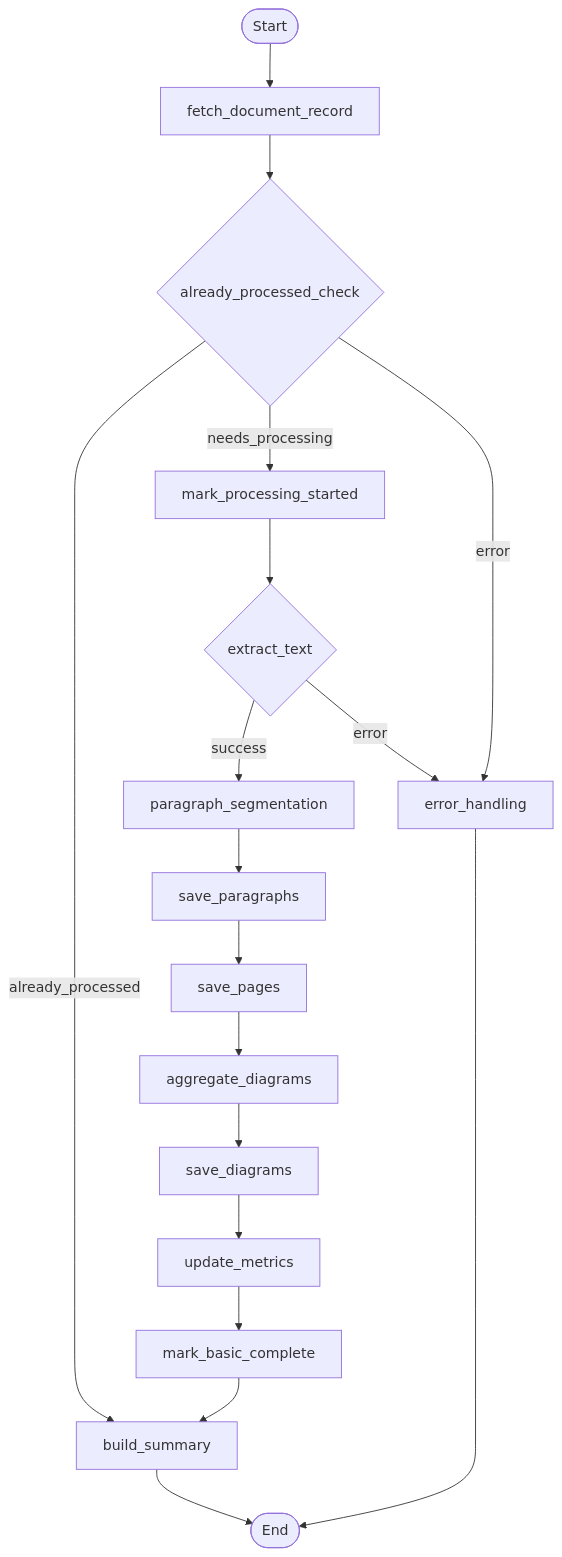
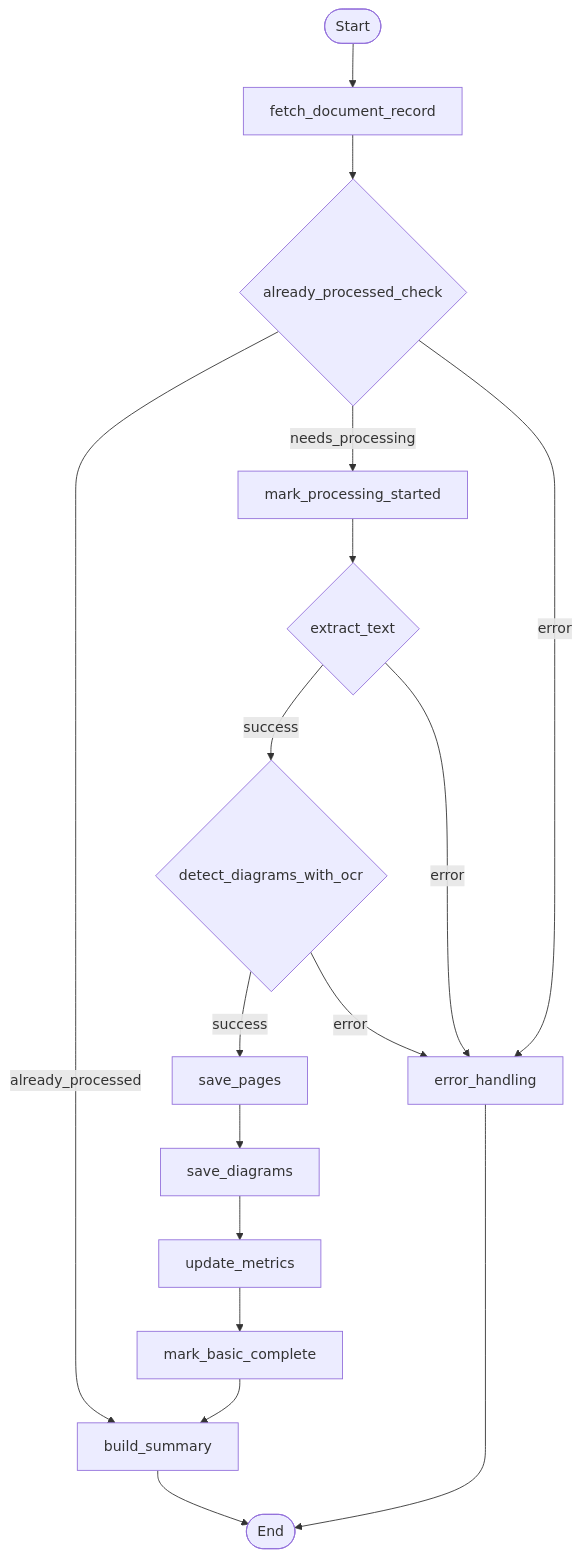
Before and after one commit to bohui/real2ai: the diagram in docs/workflows/document-processing-workflow.md, drawn with Mermaid. The commit also changed other lines of this file and 255 other files, not shown here.

````diff
--- a/docs/workflows/document-processing-workflow.md
+++ b/docs/workflows/document-processing-workflow.md
@@ -5,27 +5,27 @@
 ```mermaid
 graph TD
   START([Start])
   END([End])
 
   START --> A[fetch_document_record]
   A --> B{already_processed_check}
 
   B -->|already_processed| L[build_summary]
   B -->|needs_processing| C[mark_processing_started]
   B -->|error| Z[error_handling]
 
   C --> D{extract_text}
-  D -->|success| E[paragraph_segmentation]
+  D -->|success| E{detect_diagrams_with_ocr}
   D -->|error| Z
 
-  E --> F[save_paragraphs]
-  F --> G[save_pages]
-  G --> H[aggregate_diagrams]
-  H --> I[save_diagrams]
-  I --> J[update_metrics]
-  J --> K[mark_basic_complete]
-  K --> L
+  E -->|success| F[save_pages]
+  E -->|error| Z
+
+  F --> G[save_diagrams]
+  G --> H[update_metrics]
+  H --> I[mark_basic_complete]
+  I --> L
 
   L --> END
   Z --> END
 ```
````
